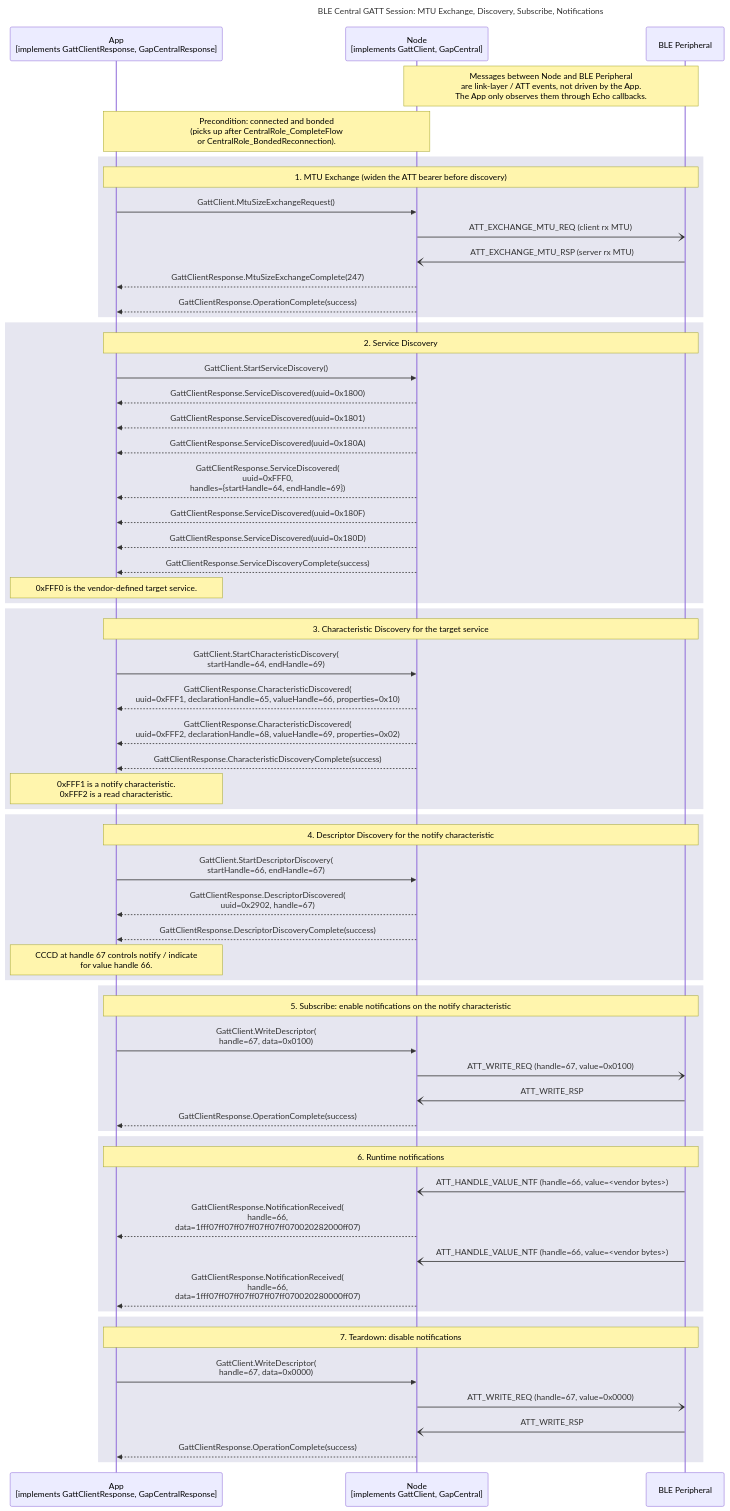
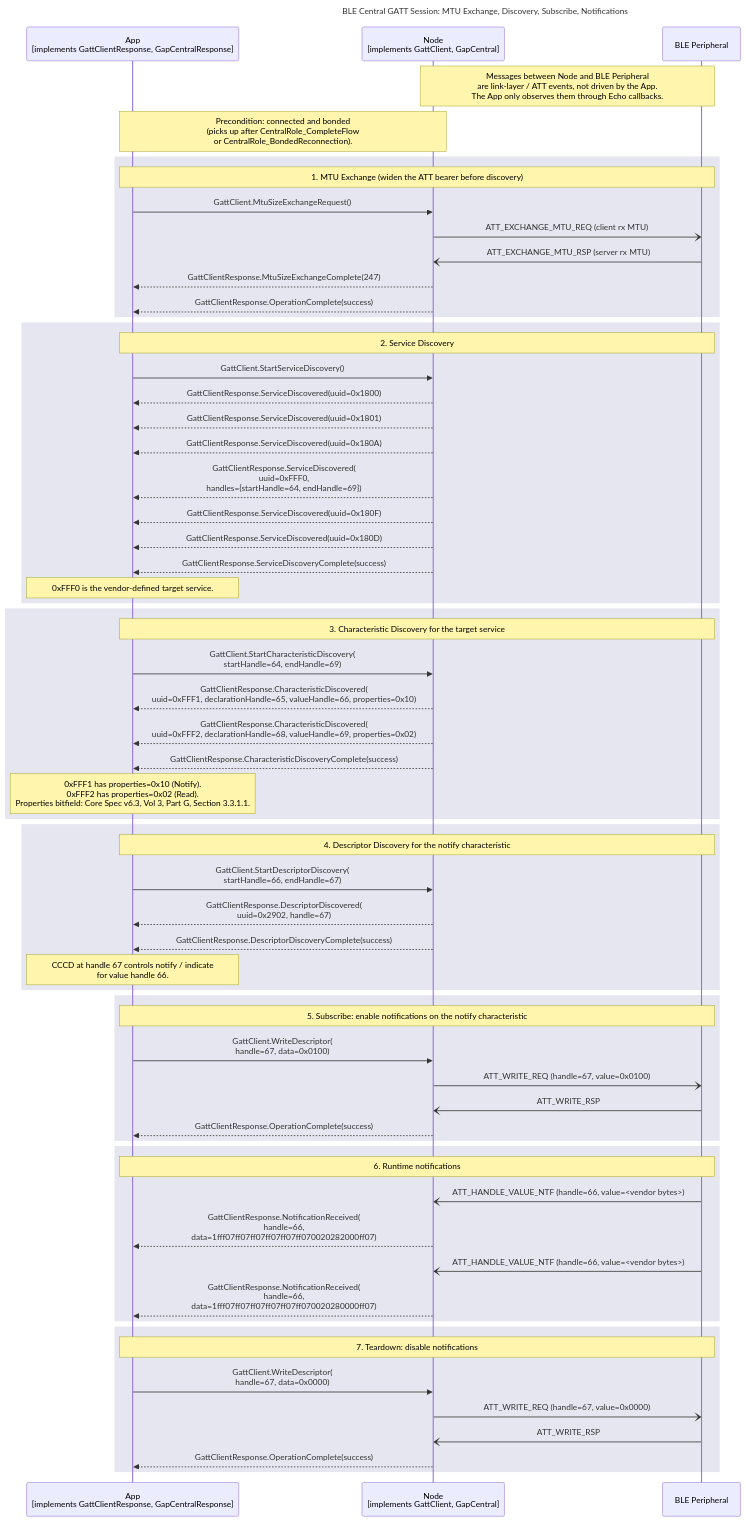
Before and after one commit to philips-software/amp-embedded-infra-lib: the diagram in documents/modules/ROOT/partials/echoservices/composite_flows/CentralRole_GattSession_sequence.mmd, drawn with Mermaid. The commit also changed 11 other files, not shown here.

```diff
--- a/documents/modules/ROOT/partials/echoservices/composite_flows/CentralRole_GattSession_sequence.mmd
+++ b/documents/modules/ROOT/partials/echoservices/composite_flows/CentralRole_GattSession_sequence.mmd
@@ -1,73 +1,73 @@
 sequenceDiagram
     title BLE Central GATT Session: MTU Exchange, Discovery, Subscribe, Notifications
 
     participant App as App<br>[implements GattClientResponse, GapCentralResponse]
     participant Node as Node<br>[implements GattClient, GapCentral]
     participant Peripheral as BLE Peripheral
 
     Note over Node, Peripheral: Messages between Node and BLE Peripheral<br>are link-layer / ATT events, not driven by the App.<br>The App only observes them through Echo callbacks.
     Note over App, Node: Precondition: connected and bonded<br>(picks up after CentralRole_CompleteFlow<br>or CentralRole_BondedReconnection).
 
     rect rgb(230, 230, 240)
         note over App, Peripheral: 1. MTU Exchange (widen the ATT bearer before discovery)
         App->>Node: GattClient.MtuSizeExchangeRequest()
         Node-)Peripheral: ATT_EXCHANGE_MTU_REQ (client rx MTU)
         Peripheral-)Node: ATT_EXCHANGE_MTU_RSP (server rx MTU)
         Node-->>App: GattClientResponse.MtuSizeExchangeComplete(247)
         Node-->>App: GattClientResponse.OperationComplete(success)
     end
 
     rect rgb(230, 230, 240)
         note over App, Peripheral: 2. Service Discovery
         App->>Node: GattClient.StartServiceDiscovery()
         Node-->>App: GattClientResponse.ServiceDiscovered(uuid=0x1800)
         Node-->>App: GattClientResponse.ServiceDiscovered(uuid=0x1801)
         Node-->>App: GattClientResponse.ServiceDiscovered(uuid=0x180A)
         Node-->>App: GattClientResponse.ServiceDiscovered(<br>uuid=0xFFF0,<br>handles={startHandle=64, endHandle=69})
         Node-->>App: GattClientResponse.ServiceDiscovered(uuid=0x180F)
         Node-->>App: GattClientResponse.ServiceDiscovered(uuid=0x180D)
         Node-->>App: GattClientResponse.ServiceDiscoveryComplete(success)
         note over App: 0xFFF0 is the vendor-defined target service.
     end
 
     rect rgb(230, 230, 240)
         note over App, Peripheral: 3. Characteristic Discovery for the target service
         App->>Node: GattClient.StartCharacteristicDiscovery(<br>startHandle=64, endHandle=69)
         Node-->>App: GattClientResponse.CharacteristicDiscovered(<br>uuid=0xFFF1, declarationHandle=65, valueHandle=66, properties=0x10)
         Node-->>App: GattClientResponse.CharacteristicDiscovered(<br>uuid=0xFFF2, declarationHandle=68, valueHandle=69, properties=0x02)
         Node-->>App: GattClientResponse.CharacteristicDiscoveryComplete(success)
-        note over App: 0xFFF1 is a notify characteristic.<br>0xFFF2 is a read characteristic.
+        note over App: 0xFFF1 has properties=0x10 (Notify).<br>0xFFF2 has properties=0x02 (Read).<br>Properties bitfield: Core Spec v6.3, Vol 3, Part G, Section 3.3.1.1.
     end
 
     rect rgb(230, 230, 240)
         note over App, Peripheral: 4. Descriptor Discovery for the notify characteristic
         App->>Node: GattClient.StartDescriptorDiscovery(<br>startHandle=66, endHandle=67)
         Node-->>App: GattClientResponse.DescriptorDiscovered(<br>uuid=0x2902, handle=67)
         Node-->>App: GattClientResponse.DescriptorDiscoveryComplete(success)
         note over App: CCCD at handle 67 controls notify / indicate<br>for value handle 66.
     end
 
     rect rgb(230, 230, 240)
         note over App, Peripheral: 5. Subscribe: enable notifications on the notify characteristic
         App->>Node: GattClient.WriteDescriptor(<br>handle=67, data=0x0100)
         Node-)Peripheral: ATT_WRITE_REQ (handle=67, value=0x0100)
         Peripheral-)Node: ATT_WRITE_RSP
         Node-->>App: GattClientResponse.OperationComplete(success)
     end
 
     rect rgb(230, 230, 240)
         note over App, Peripheral: 6. Runtime notifications
         Peripheral-)Node: ATT_HANDLE_VALUE_NTF (handle=66, value=<vendor bytes>)
         Node-->>App: GattClientResponse.NotificationReceived(<br>handle=66,<br>data=1fff07ff07ff07ff07ff07ff070020282000ff07)
 
         Peripheral-)Node: ATT_HANDLE_VALUE_NTF (handle=66, value=<vendor bytes>)
         Node-->>App: GattClientResponse.NotificationReceived(<br>handle=66,<br>data=1fff07ff07ff07ff07ff07ff070020280000ff07)
     end
 
     rect rgb(230, 230, 240)
         note over App, Peripheral: 7. Teardown: disable notifications
         App->>Node: GattClient.WriteDescriptor(<br>handle=67, data=0x0000)
         Node-)Peripheral: ATT_WRITE_REQ (handle=67, value=0x0000)
         Peripheral-)Node: ATT_WRITE_RSP
         Node-->>App: GattClientResponse.OperationComplete(success)
     end
```
